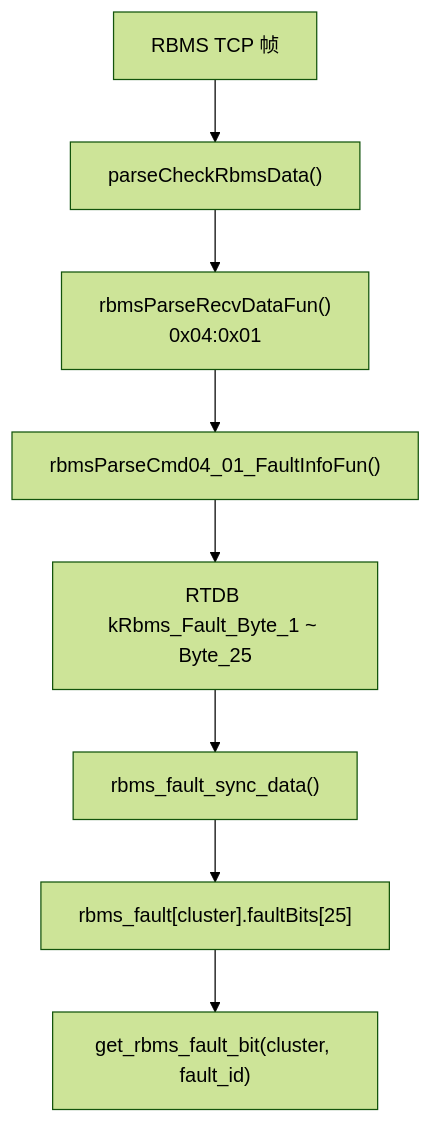
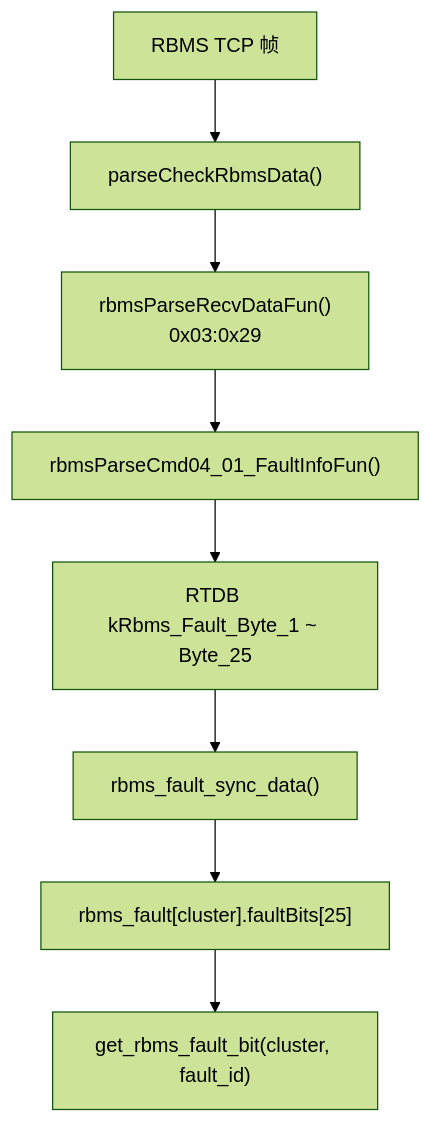
The second of 4 diagrams in 4.rbms_tcp_sim/docs/文档二次整理/SystemConfiguration_BMS20_RBMS-FaultList.md (ffsxsy/py_work_script_repo), drawn with Mermaid (forest theme) before and after one commit. The commit also changed other lines of this file and 16 other files, not shown here.

````diff
--- a/4.rbms_tcp_sim/docs/文档二次整理/SystemConfiguration_BMS20_RBMS-FaultList.md
+++ b/4.rbms_tcp_sim/docs/文档二次整理/SystemConfiguration_BMS20_RBMS-FaultList.md
@@ -104,10 +104,10 @@
 ```mermaid
 flowchart TD
     TCP["RBMS TCP 帧"] --> CHECK["parseCheckRbmsData()"]
-    CHECK --> DISPATCH["rbmsParseRecvDataFun()<br/>0x04:0x01"]
+    CHECK --> DISPATCH["rbmsParseRecvDataFun()<br/>0x03:0x29"]
     DISPATCH --> PARSE["rbmsParseCmd04_01_FaultInfoFun()"]
     PARSE --> RTDB["RTDB kRbms_Fault_Byte_1 ~ Byte_25"]
     RTDB --> SYNC["rbms_fault_sync_data()"]
     SYNC --> BITMAP["rbms_fault[cluster].faultBits[25]"]
     BITMAP --> QUERY["get_rbms_fault_bit(cluster, fault_id)"]
 ```
````
